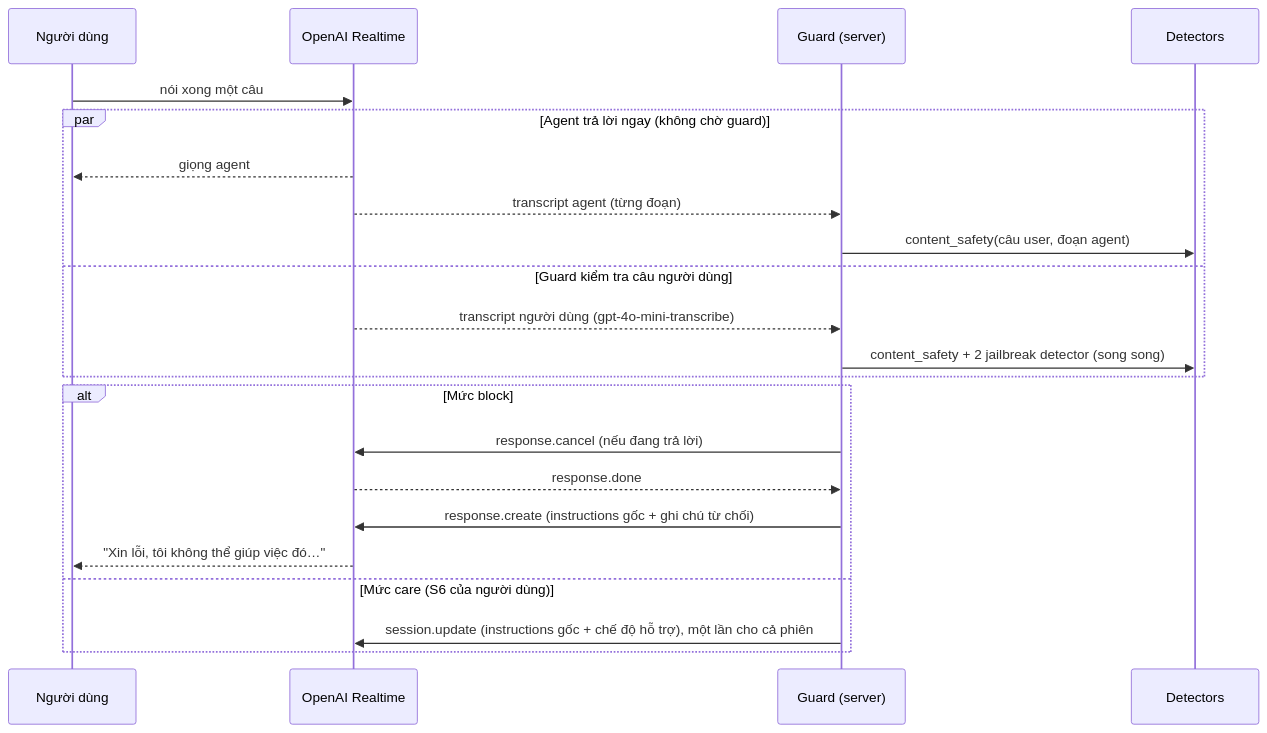
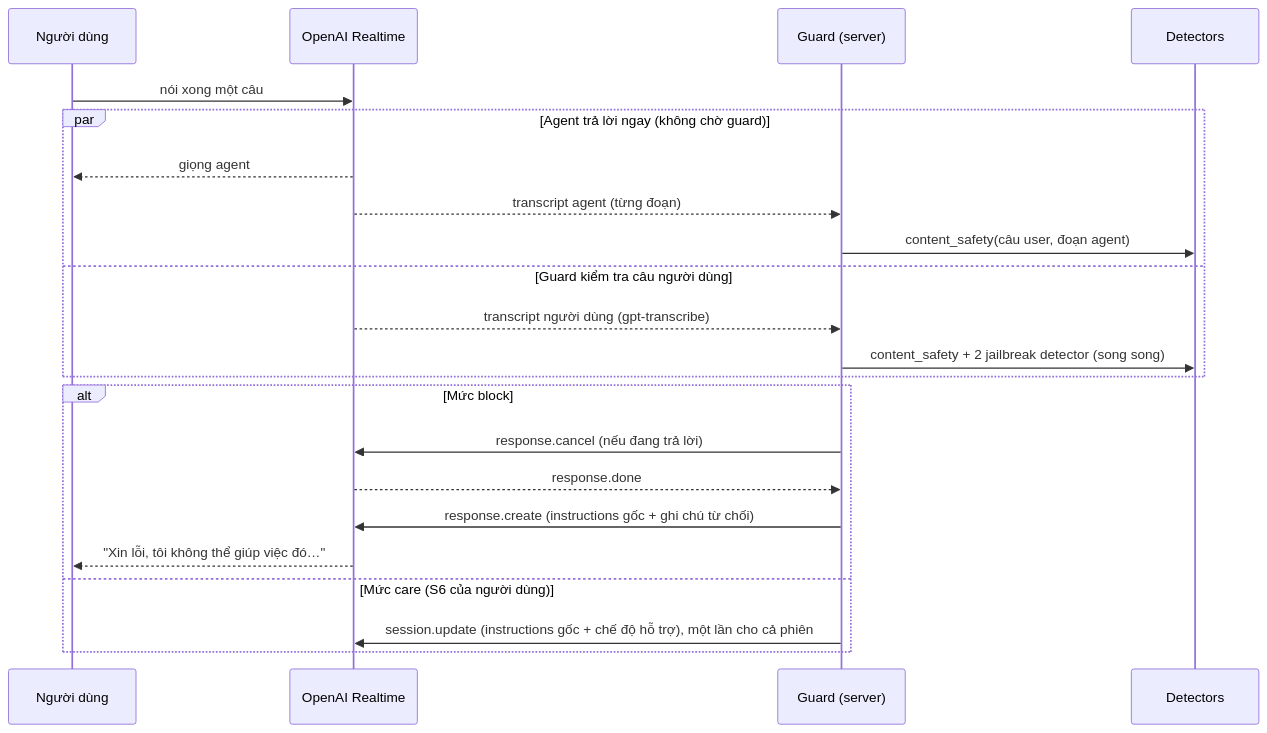
The diagram in docs/safety-guard.md (AT190323-hoang/meetai), drawn with Mermaid before and after one commit. The commit also changed other lines of this file and 10 other files, not shown here.

First line of the commit message:
Transcribe the user's speech with gpt-transcribe

````diff
--- a/docs/safety-guard.md
+++ b/docs/safety-guard.md
@@ -56,25 +56,25 @@
 ```mermaid
 sequenceDiagram
     participant U as Người dùng
     participant O as OpenAI Realtime
     participant G as Guard (server)
     participant D as Detectors
 
     U->>O: nói xong một câu
     par Agent trả lời ngay (không chờ guard)
         O-->>U: giọng agent
         O-->>G: transcript agent (từng đoạn)
         G->>D: content_safety(câu user, đoạn agent)
     and Guard kiểm tra câu người dùng
-        O-->>G: transcript người dùng (gpt-4o-mini-transcribe)
+        O-->>G: transcript người dùng (gpt-transcribe)
         G->>D: content_safety + 2 jailbreak detector (song song)
     end
     alt Mức block
         G->>O: response.cancel (nếu đang trả lời)
         O-->>G: response.done
         G->>O: response.create (instructions gốc + ghi chú từ chối)
         O-->>U: "Xin lỗi, tôi không thể giúp việc đó…"
     else Mức care (S6 của người dùng)
         G->>O: session.update (instructions gốc + chế độ hỗ trợ), một lần cho cả phiên
     end
 ```
````
